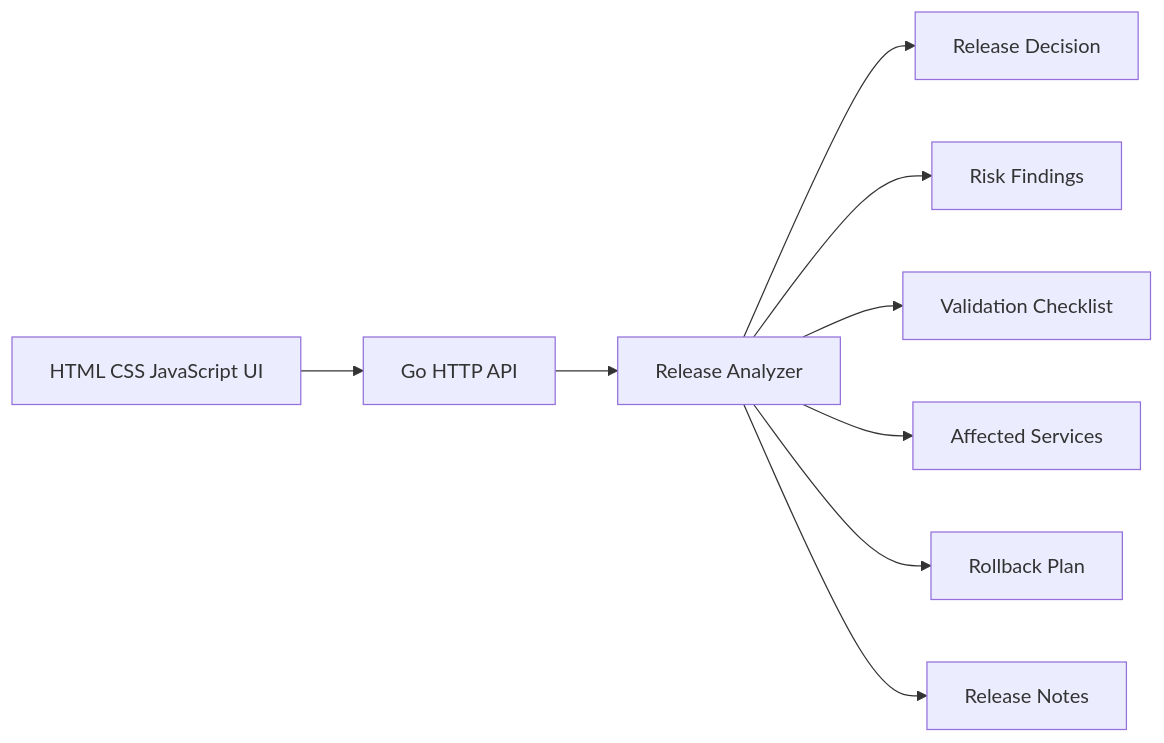
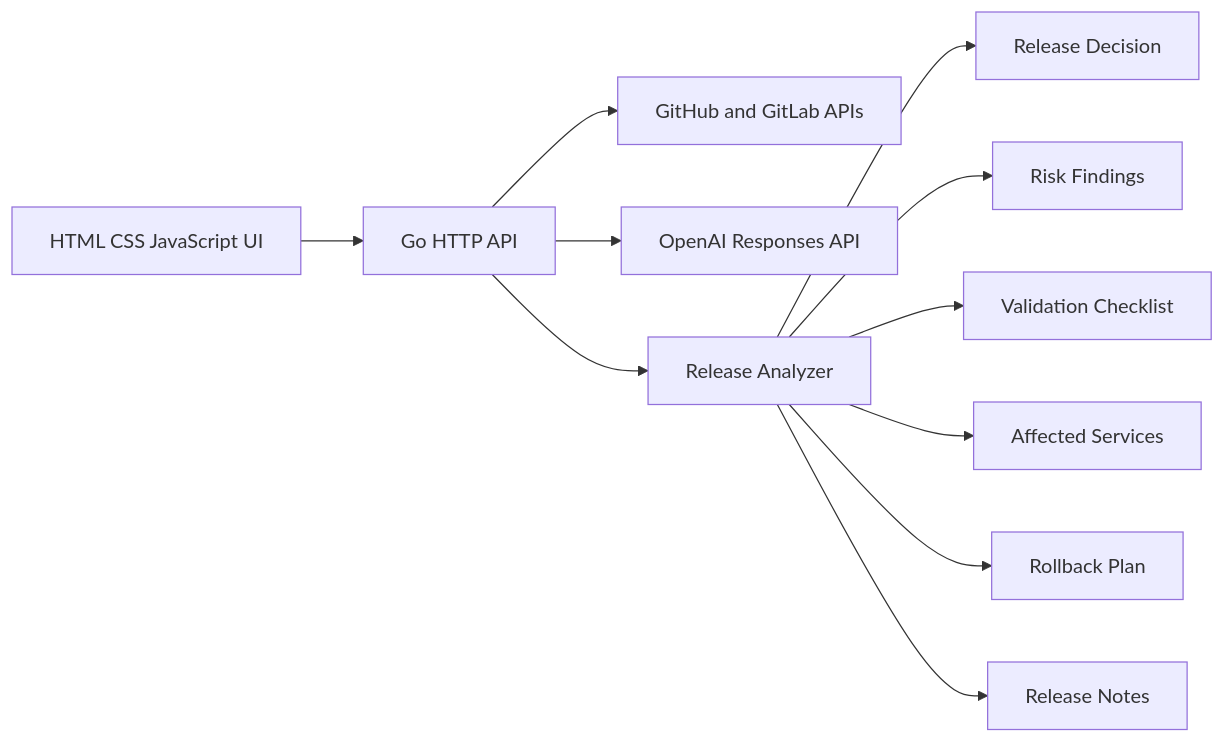
Before and after one commit to gaurangkudale/ReleasePilot: the second of 2 diagrams in README.md, drawn with Mermaid. The commit also changed other lines of this file and 9 other files, not shown here.

````diff
--- a/README.md
+++ b/README.md
@@ -47,11 +46,13 @@
 ```mermaid
 flowchart LR
     UI[HTML CSS JavaScript UI] --> API[Go HTTP API]
+    API --> Providers[GitHub and GitLab APIs]
+    API --> OpenAI[OpenAI Responses API]
     API --> Analyzer[Release Analyzer]
     Analyzer --> Decision[Release Decision]
     Analyzer --> Risks[Risk Findings]
     Analyzer --> Checks[Validation Checklist]
     Analyzer --> Impact[Affected Services]
     Analyzer --> Rollback[Rollback Plan]
     Analyzer --> Notes[Release Notes]
 ```
````
